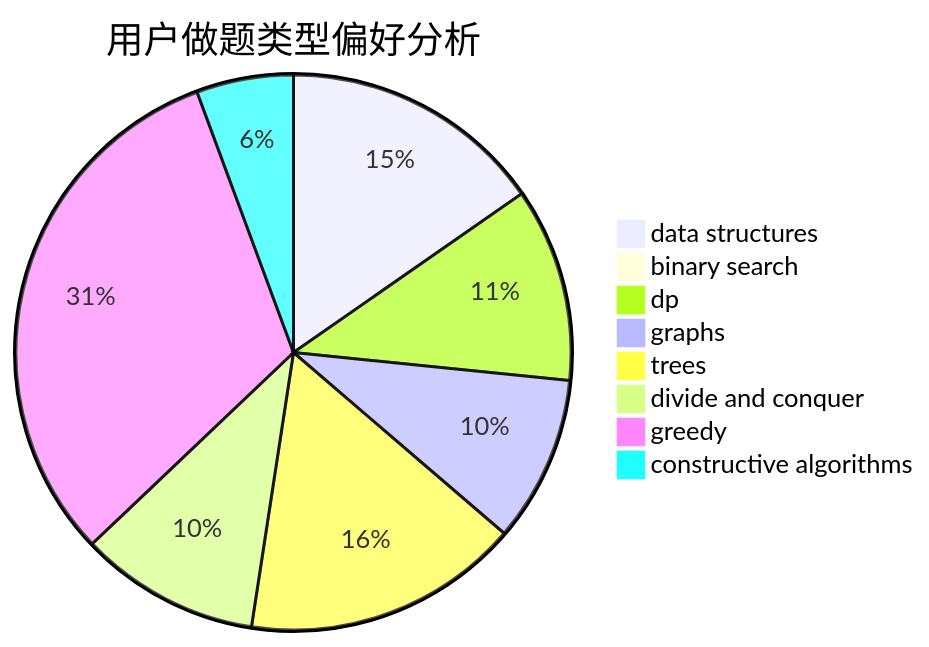
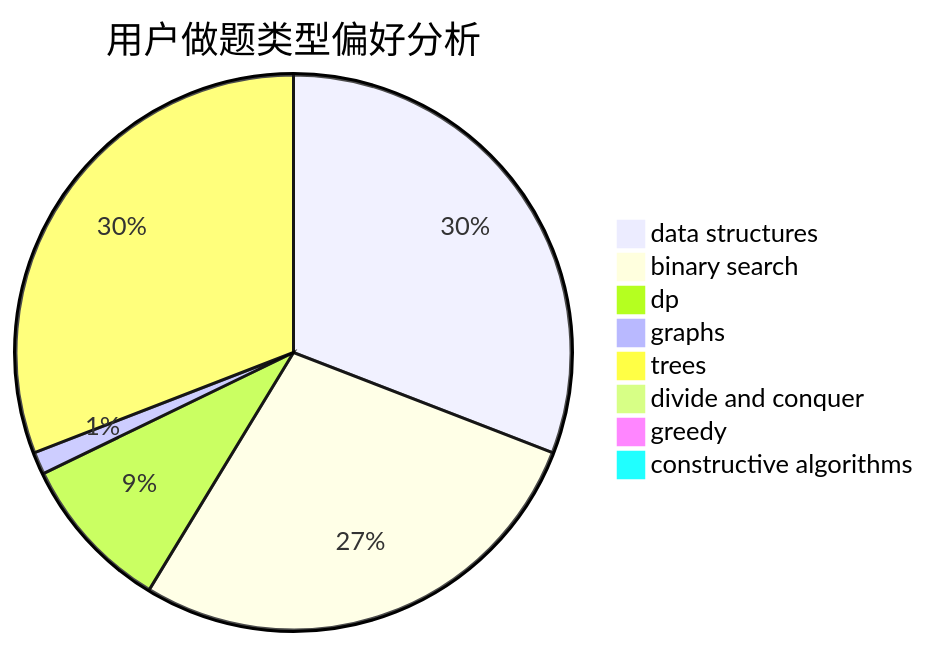
The second of 3 diagrams in docs/user/u2336.md (sherpahu/cfrs.github.io), drawn with Mermaid before and after one commit. The commit also changed other lines of this file and 2770 other files, not shown here.

````diff
--- a/docs/user/u2336.md
+++ b/docs/user/u2336.md
@@ -23,11 +23,11 @@
 ```mermaid
 pie title 用户做题类型偏好分析
-    "data structures" :  19
-    "binary search" :  0
-    "dp" :  14
-    "graphs" :  12
-    "trees" :  20
-    "divide and conquer" :  13
-    "greedy" :  39
-    "constructive algorithms" :  7
+    "data structures" :  71
+    "binary search" :  64
+    "dp" :  21
+    "graphs" :  3
+    "trees" :  71
+    "divide and conquer" :  0
+    "greedy" :  2
+    "constructive algorithms" :  1
 ```
````
